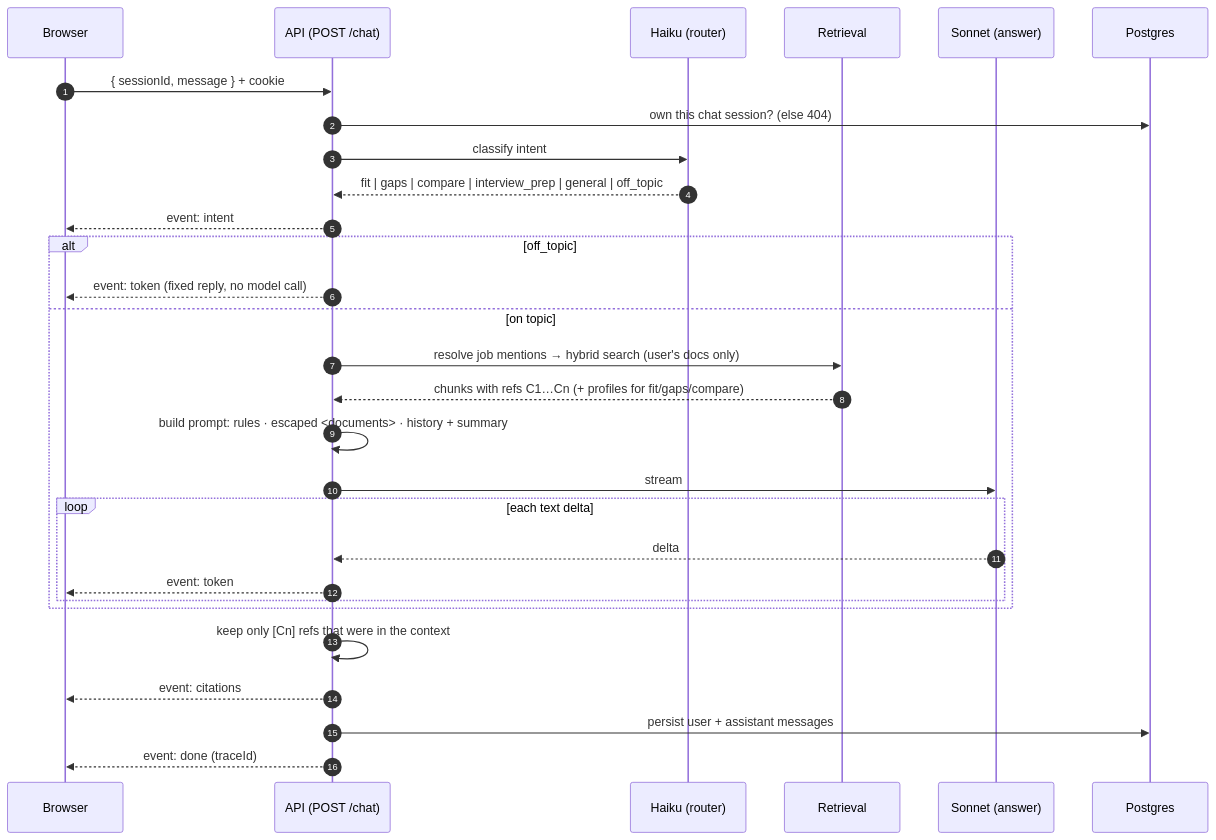
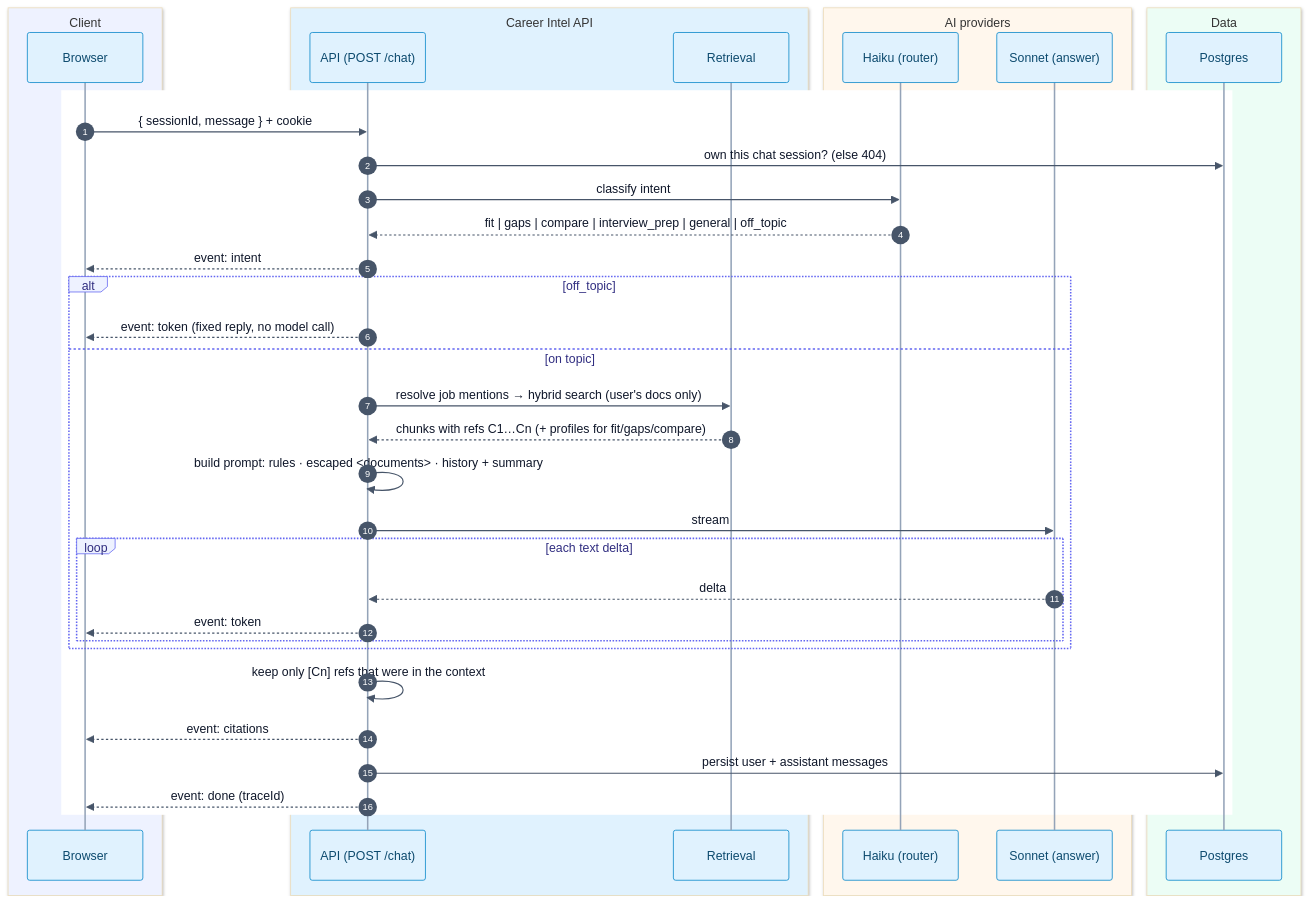
One commit to mrussum/practice-intel changed the fourth of 9 diagrams in docs/architecture.md. Above: the diagram before and after it, drawn with Mermaid. The commit also changed other lines of this file, not shown here.

First line of the commit message:
docs: colour-code the architecture diagrams

````diff
--- a/docs/architecture.md
+++ b/docs/architecture.md
@@ -127,32 +176,43 @@
 ```mermaid
+%%{init: {"theme":"base","themeVariables":{"actorBkg":"#E0F2FE","actorBorder":"#0284C7","actorTextColor":"#0C4A6E","actorLineColor":"#94A3B8","signalColor":"#475569","signalTextColor":"#0F172A","noteBkgColor":"#FEF9C3","noteBorderColor":"#CA8A04","noteTextColor":"#713F12","labelBoxBkgColor":"#EEF2FF","labelBoxBorderColor":"#6366F1","labelTextColor":"#312E81","loopTextColor":"#312E81","sequenceNumberColor":"#FFFFFF","activationBkgColor":"#E0F2FE"}}}%%
 sequenceDiagram
   autonumber
-  participant B as Browser
-  participant A as API (POST /chat)
-  participant R as Haiku (router)
-  participant X as Retrieval
-  participant M as Sonnet (answer)
-  participant S as Postgres
+  box rgb(238, 242, 255) Client
+    participant B as Browser
+  end
+  box rgb(224, 242, 254) Career Intel API
+    participant A as API (POST /chat)
+    participant X as Retrieval
+  end
+  box rgb(255, 247, 237) AI providers
+    participant R as Haiku (router)
+    participant M as Sonnet (answer)
+  end
+  box rgb(236, 253, 245) Data
+    participant S as Postgres
+  end
 
+  rect rgb(255, 255, 255)
   B->>A: { sessionId, message } + cookie
   A->>S: own this chat session? (else 404)
   A->>R: classify intent
   R-->>A: fit | gaps | compare | interview_prep | general | off_topic
   A-->>B: event: intent
   alt off_topic
     A-->>B: event: token (fixed reply, no model call)
   else on topic
     A->>X: resolve job mentions → hybrid search (user's docs only)
     X-->>A: chunks with refs C1…Cn (+ profiles for fit/gaps/compare)
     A->>A: build prompt: rules · escaped <documents> · history + summary
     A->>M: stream
     loop each text delta
       M-->>A: delta
       A-->>B: event: token
     end
   end
   A->>A: keep only [Cn] refs that were in the context
   A-->>B: event: citations
   A->>S: persist user + assistant messages
   A-->>B: event: done (traceId)
+  end
 ```
````
